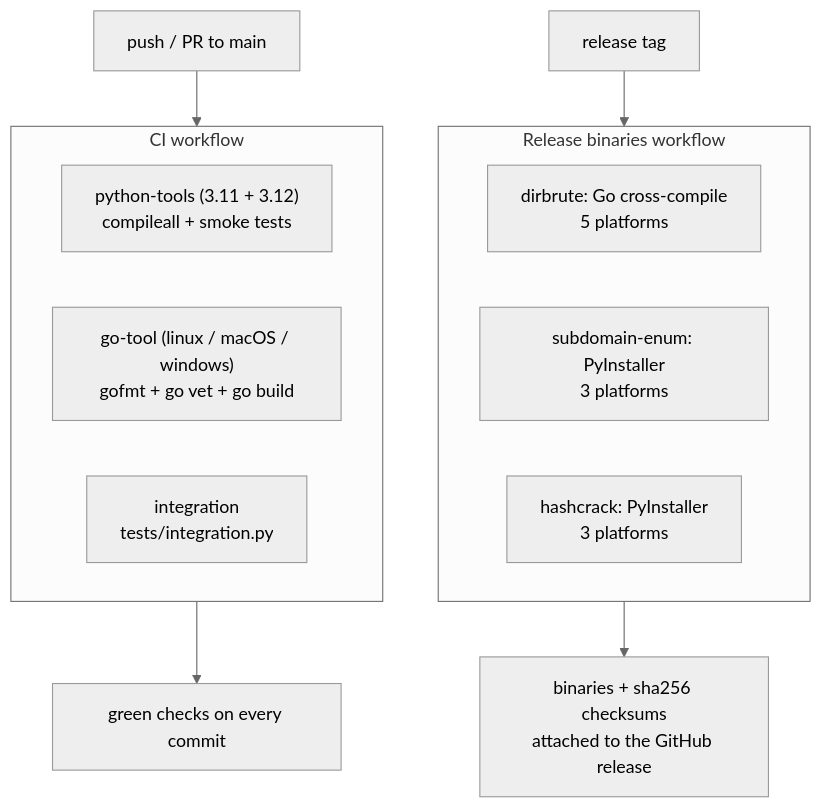
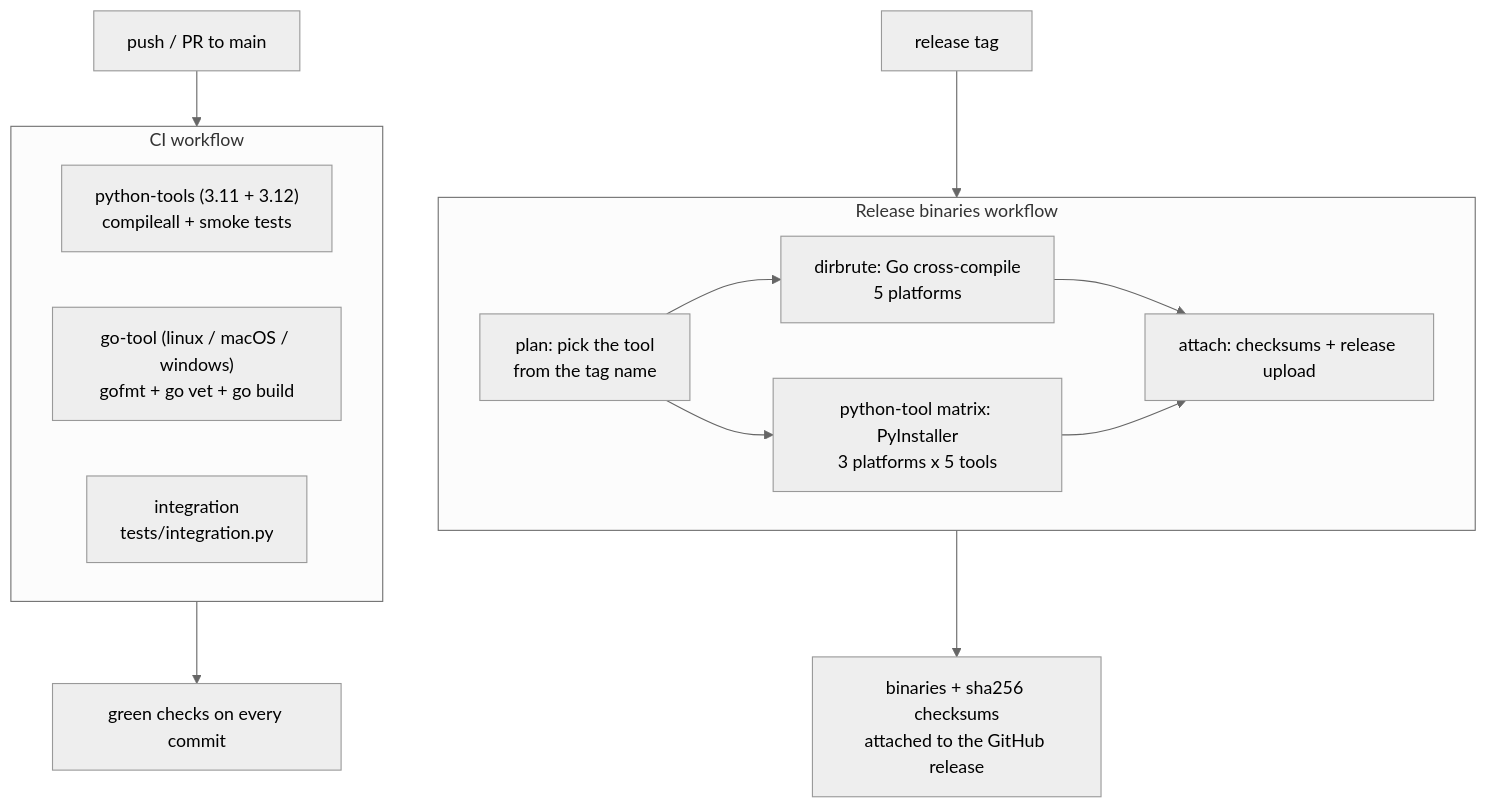
One commit to Abolfazlrwm/Security changed the diagram in docs/actions.md. Above: the diagram before and after it, drawn with Mermaid (neutral theme). The commit also changed other lines of this file and 28 other files, not shown here.

````diff
--- a/docs/actions.md
+++ b/docs/actions.md
@@ -26,21 +26,26 @@
 ```mermaid
 flowchart TD
     P["push / PR to main"] --> CI
 
     subgraph CI["CI workflow"]
         PY["python-tools (3.11 + 3.12)<br/>compileall + smoke tests"]
         GO["go-tool (linux / macOS / windows)<br/>gofmt + go vet + go build"]
         IT["integration<br/>tests/integration.py"]
     end
 
     T["release tag"] --> REL
 
     subgraph REL["Release binaries workflow"]
+        PLAN["plan: pick the tool<br/>from the tag name"]
         B1["dirbrute: Go cross-compile<br/>5 platforms"]
-        B2["subdomain-enum: PyInstaller<br/>3 platforms"]
-        B3["hashcrack: PyInstaller<br/>3 platforms"]
+        B2["python-tool matrix: PyInstaller<br/>3 platforms x 5 tools"]
+        ATT["attach: checksums + release upload"]
+        PLAN --> B1
+        PLAN --> B2
+        B1 --> ATT
+        B2 --> ATT
     end
 
     CI --> OK["green checks on every commit"]
     REL --> ART["binaries + sha256 checksums<br/>attached to the GitHub release"]
 ```
````
